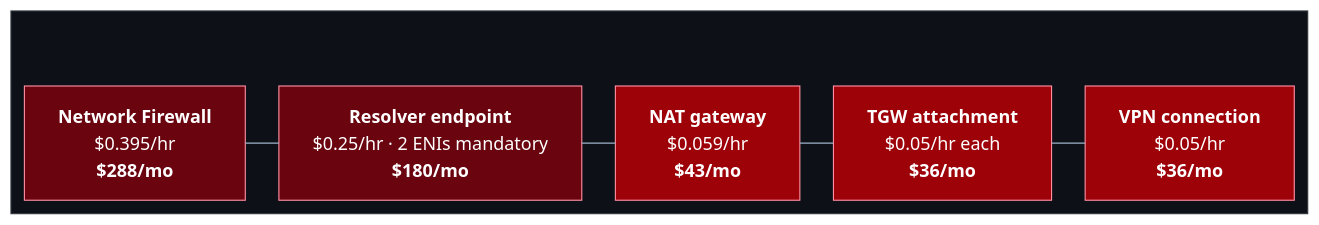
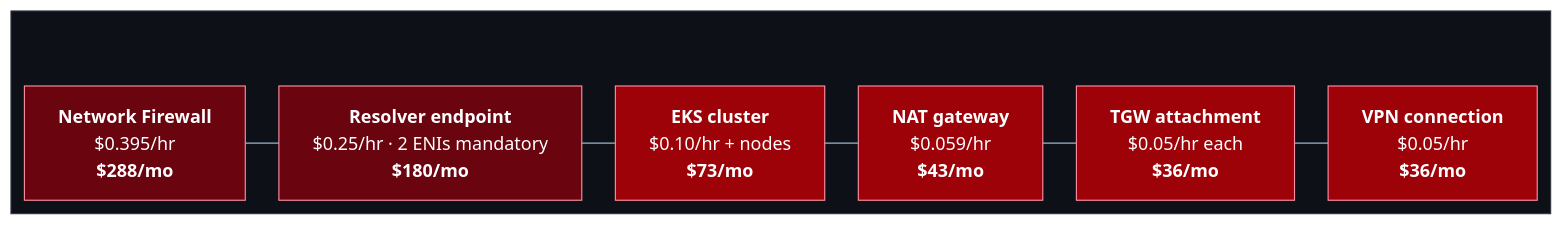
Before and after one commit to HuyNguyen260398/aws-network-architecture: the fifth of 5 diagrams in docs/diagrams/README.md, drawn with Mermaid. The commit also changed other lines of this file and 13 other files, not shown here.

````diff
--- a/docs/diagrams/README.md
+++ b/docs/diagrams/README.md
@@ -308,38 +304,39 @@
 ```mermaid
 ---
 config:
   layout: elk
   theme: base
   themeVariables:
     lineColor: "#9fb3c8"
     textColor: "#e6edf3"
     primaryColor: "#21262d"
     primaryTextColor: "#e6edf3"
     primaryBorderColor: "#6e7681"
     edgeLabelBackground: "#0d1117"
     clusterBkg: "#161b22"
     clusterBorder: "#6e7681"
     titleColor: "#e6edf3"
   flowchart:
     curve: rounded
     wrappingWidth: 420
 ---
 flowchart LR
     subgraph CANVAS[" "]
         NFW["<b>Network Firewall</b><br/>$0.395/hr<br/><b>$288/mo</b>"]
         RES["<b>Resolver endpoint</b><br/>$0.25/hr · 2 ENIs mandatory<br/><b>$180/mo</b>"]
+        EKS["<b>EKS cluster</b><br/>$0.10/hr + nodes<br/><b>$73/mo</b>"]
         NAT["<b>NAT gateway</b><br/>$0.059/hr<br/><b>$43/mo</b>"]
         TGW["<b>TGW attachment</b><br/>$0.05/hr each<br/><b>$36/mo</b>"]
         VPN["<b>VPN connection</b><br/>$0.05/hr<br/><b>$36/mo</b>"]
     end
 
-    NFW --- RES --- NAT --- TGW --- VPN
+    NFW --- RES --- EKS --- NAT --- TGW --- VPN
 
     classDef canvas fill:#0d1117,stroke:#30363d,color:#e6edf3
     classDef billed fill:#9d0208,stroke:#ff8fa3,color:#fff
     classDef costly fill:#6a040f,stroke:#ff8fa3,color:#fff
 
     class CANVAS canvas
-    class NAT,TGW,VPN billed
+    class NAT,TGW,VPN,EKS billed
     class NFW,RES costly
 ```
````
